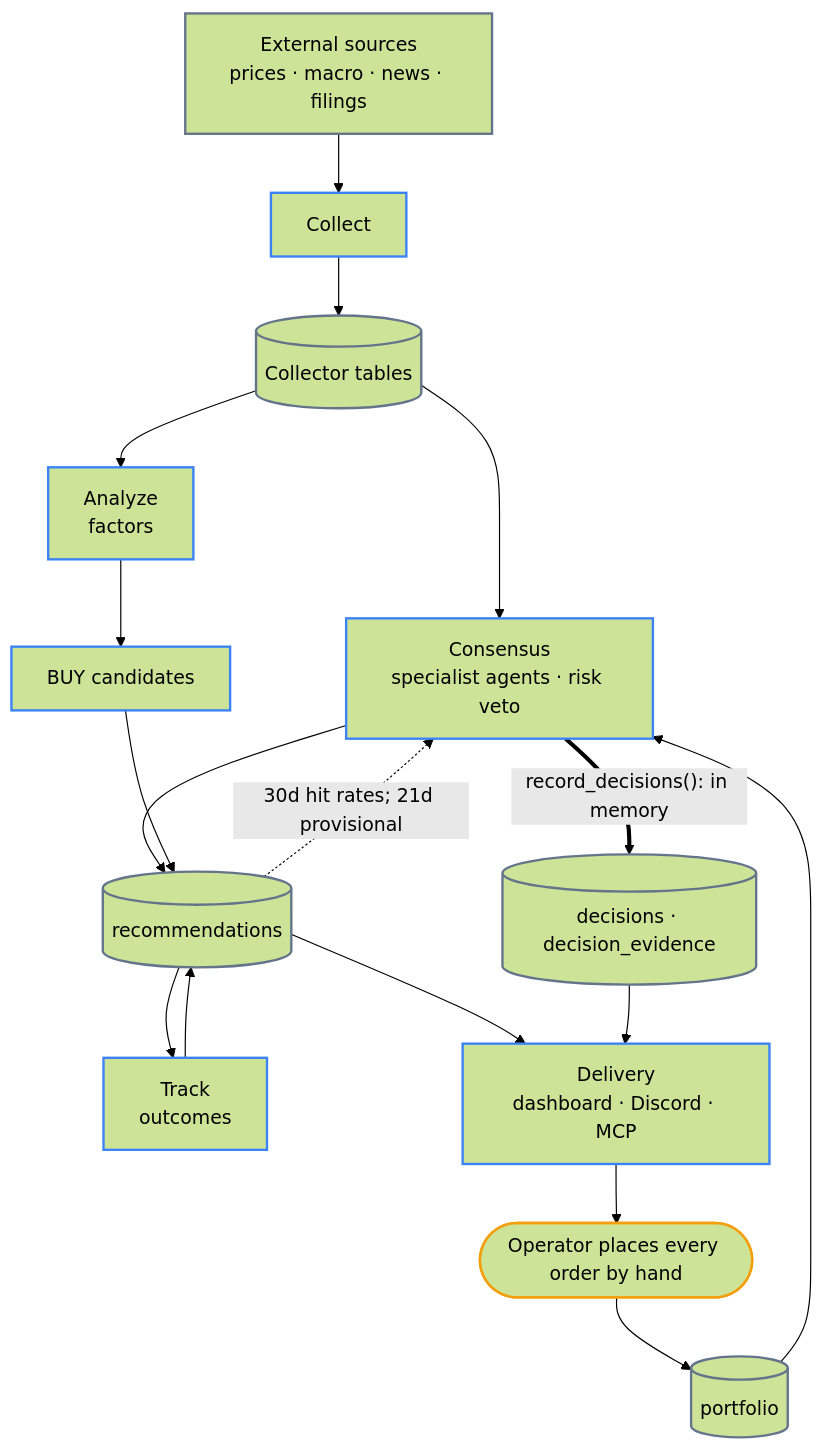
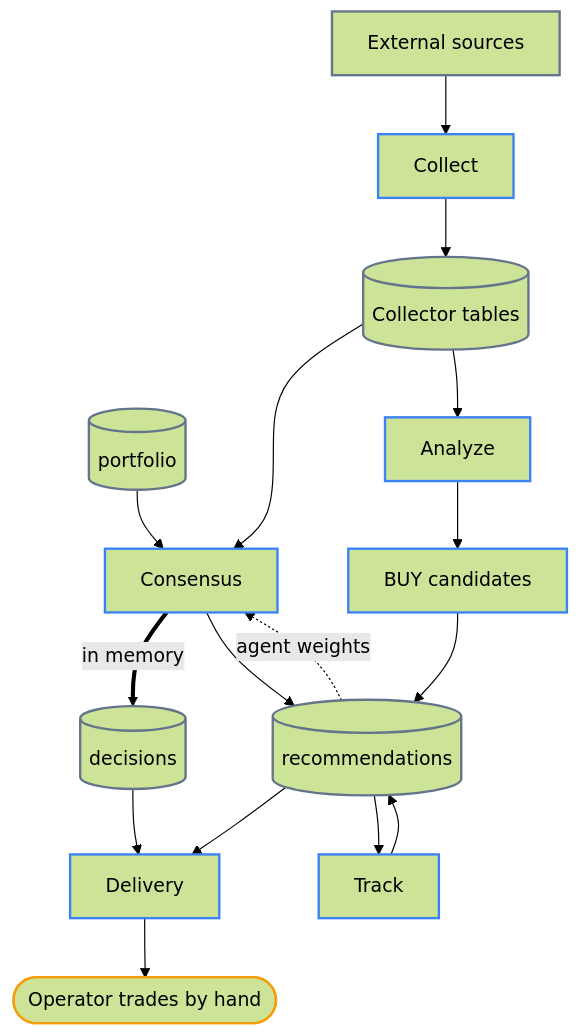
The diagram in README.md (researcherhojin/nuri-quant), drawn with Mermaid (forest theme) before and after one commit. The commit also changed other lines of this file and 1 other file, not shown here.

Commit message:
docs(readme): untangle the architecture diagram layout (#2030) (#2031)
Drop YOU --> PF so portfolio is a top-level input instead of a loop
running the height of the diagram; shorten node and edge labels; order
declarations input to output. The prose names the omitted manual loop.

````diff
--- a/README.md
+++ b/README.md
@@ -22,36 +22,36 @@
 ```mermaid
 flowchart TB
-    SRC["External sources<br/>prices · macro · news · filings"]
+    SRC["External sources"]
     COL["Collect"]
     TAB[("Collector tables")]
     PF[("portfolio")]
-    FAC["Analyze<br/>factors"]
-    CON["Consensus<br/>specialist agents · risk veto"]
-    DEC[("decisions · decision_evidence")]
+    CON["Consensus"]
+    FAC["Analyze"]
     BUY["BUY candidates"]
+    DEC[("decisions")]
     REC[("recommendations")]
-    TRK["Track<br/>outcomes"]
-    OUT["Delivery<br/>dashboard · Discord · MCP"]
-    YOU(["Operator places every order by hand"])
+    OUT["Delivery"]
+    TRK["Track"]
+    YOU(["Operator trades by hand"])
 
     SRC --> COL --> TAB
     TAB --> CON
     PF --> CON
     TAB --> FAC --> BUY
-    CON ==>|"record_decisions(): in memory"| DEC
+    CON ==>|in memory| DEC
     CON --> REC
     BUY --> REC
+    REC -.->|agent weights| CON
+    DEC --> OUT
+    REC --> OUT
     REC --> TRK
     TRK --> REC
-    REC -.->|"30d hit rates; 21d provisional"| CON
-    REC --> OUT
-    DEC --> OUT
-    OUT --> YOU --> PF
+    OUT --> YOU
 
     classDef step  stroke:#3b82f6,stroke-width:2px
     classDef store stroke:#64748b,stroke-width:2px
     classDef human stroke:#f59e0b,stroke-width:2px
     class COL,FAC,CON,BUY,TRK,OUT step
     class SRC,TAB,PF,REC,DEC store
     class YOU human
 ```
````
